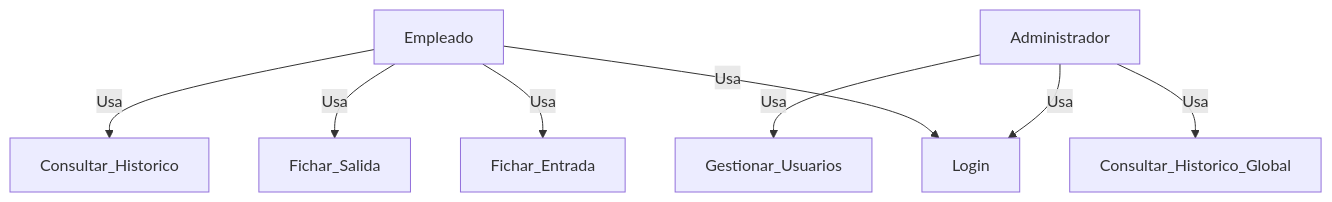
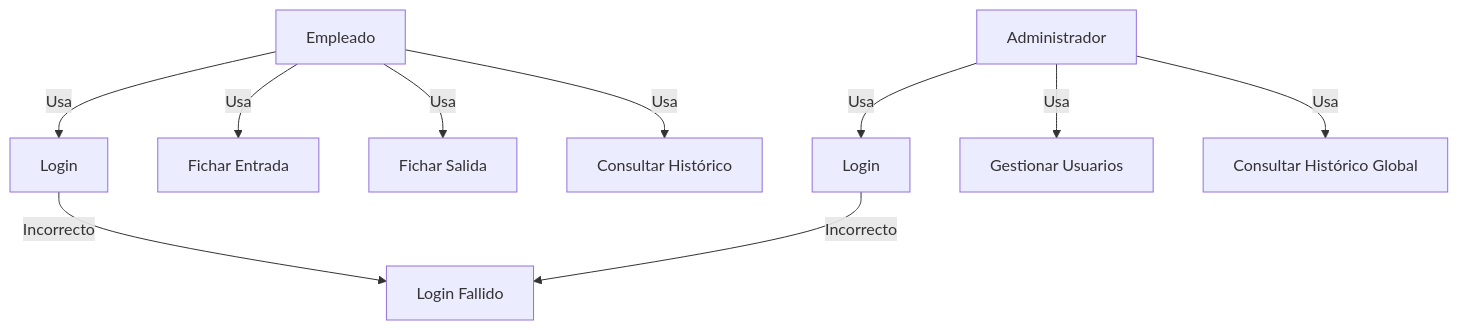
One commit to danielbolamartinez/Work-O-Clock-2.0 changed the first of 7 diagrams in README.md. Above: the diagram before and after it, drawn with Mermaid. The commit also changed other lines of this file and 1 other file, not shown here.

````diff
--- a/README.md
+++ b/README.md
@@ -55,11 +55,22 @@
 ```mermaid
 graph TD
-    Empleado -->|Usa| Login
-    Empleado -->|Usa| Fichar_Entrada
-    Empleado -->|Usa| Fichar_Salida
-    Empleado -->|Usa| Consultar_Historico
+    %% Actores
+    Empleado[Empleado]
+    Administrador[Administrador]
 
-    Administrador -->|Usa| Login
-    Administrador -->|Usa| Consultar_Historico_Global
-    Administrador -->|Usa| Gestionar_Usuarios
+    %% Casos de uso empleados
+    Empleado -->|Usa| LoginEmpleado[Login]
+    Empleado -->|Usa| FicharEntrada[Fichar Entrada]
+    Empleado -->|Usa| FicharSalida[Fichar Salida]
+    Empleado -->|Usa| ConsultarHistorico[Consultar Histórico]
+
+    %% Casos de uso administrador
+    Administrador -->|Usa| LoginAdmin[Login]
+    Administrador -->|Usa| GestionUsuarios[Gestionar Usuarios]
+    Administrador -->|Usa| ConsultarHistoricoGlobal[Consultar Histórico Global]
+
+    %% Flujo condicional
+    LoginEmpleado -->|Incorrecto| ErrorLogin[Login Fallido]
+    LoginAdmin -->|Incorrecto| ErrorLogin
+
 ```
````
